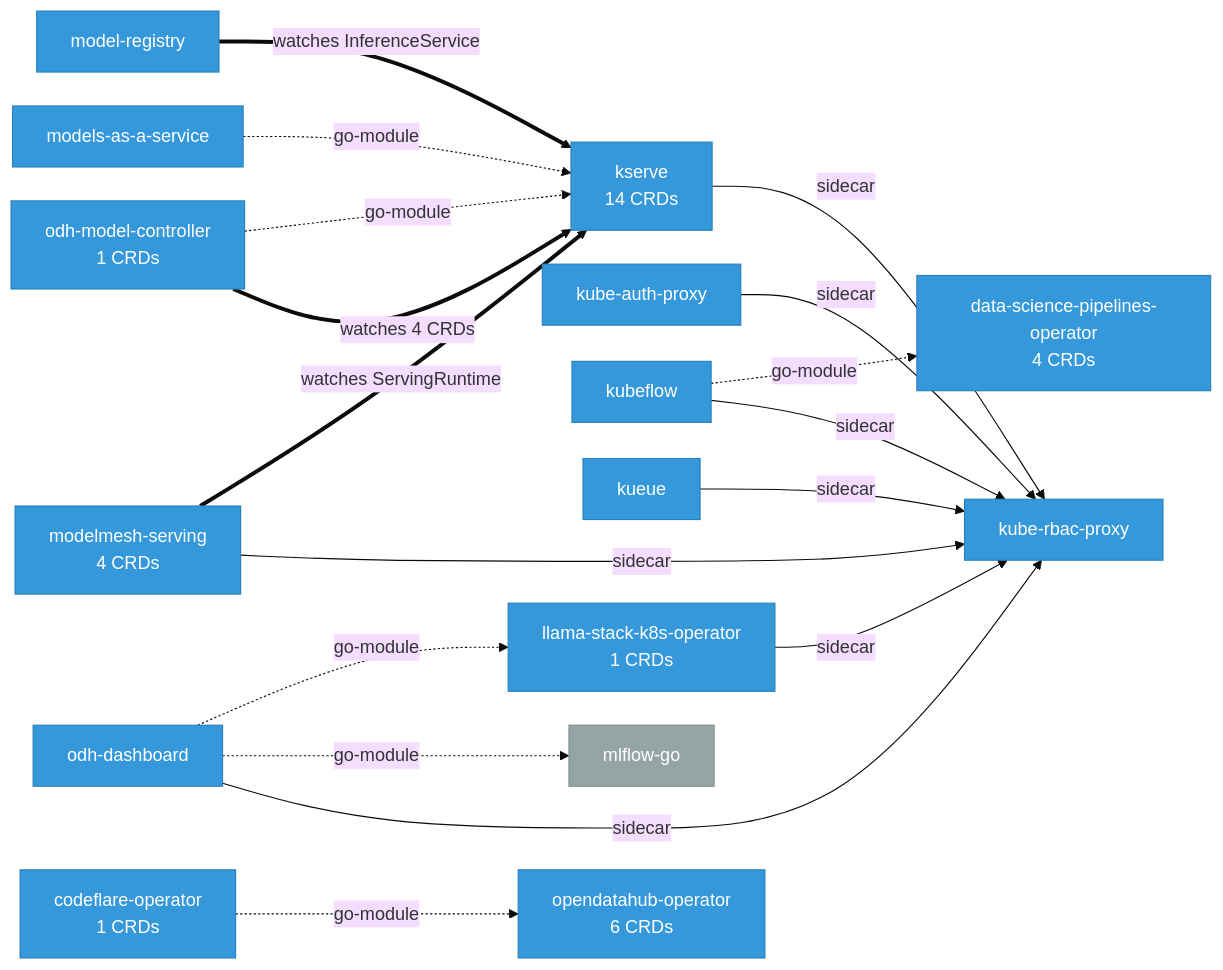
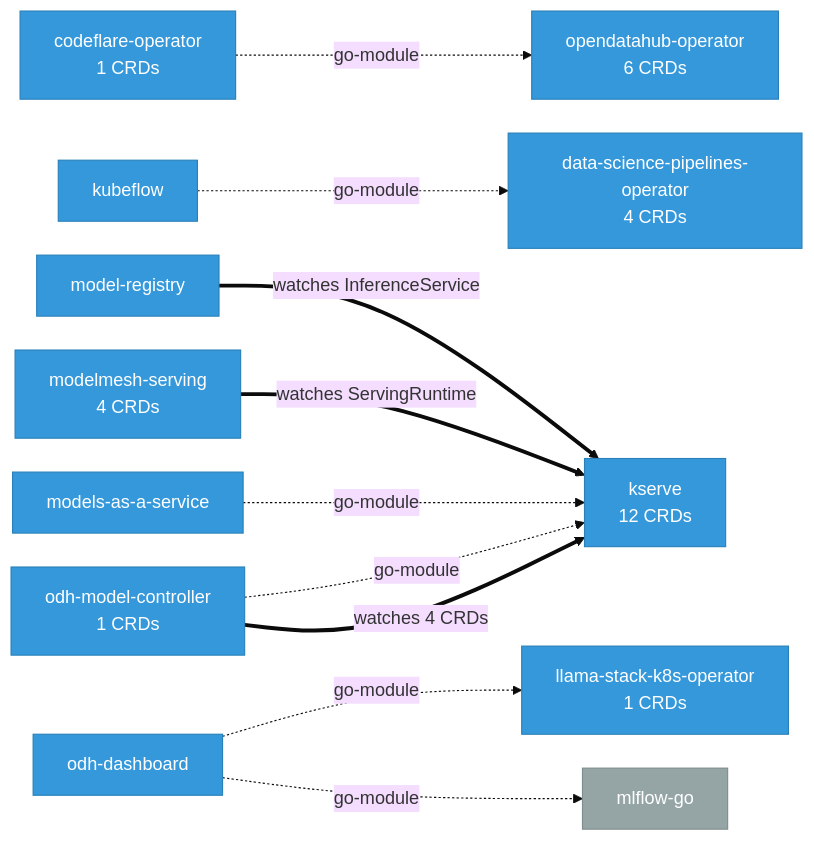
The diagram in site/docs/rhoai-platform/index.md (ugiordan/architecture-analyzer), drawn with Mermaid before and after one commit. The commit also changed other lines of this file and 299 other files, not shown here.

````diff
--- a/site/docs/rhoai-platform/index.md
+++ b/site/docs/rhoai-platform/index.md
@@ -21,39 +21,29 @@
 ```mermaid
 %%{init: {'theme': 'base', 'flowchart': {'nodeSpacing': 30, 'rankSpacing': 50}}}%%
 graph LR
     classDef internal fill:#3498db,stroke:#2980b9,color:#fff
     classDef external fill:#95a5a6,stroke:#7f8c8d,color:#fff
 
     codeflare_operator["codeflare-operator\n1 CRDs"]:::internal
     data_science_pipelines_operator["data-science-pipelines-operator\n4 CRDs"]:::internal
-    kserve["kserve\n14 CRDs"]:::internal
-    kube_auth_proxy["kube-auth-proxy"]:::internal
-    kube_rbac_proxy["kube-rbac-proxy"]:::internal
+    kserve["kserve\n12 CRDs"]:::internal
     kubeflow["kubeflow"]:::internal
-    kueue["kueue"]:::internal
     llama_stack_k8s_operator["llama-stack-k8s-operator\n1 CRDs"]:::internal
     mlflow_go["mlflow-go"]:::external
     model_registry["model-registry"]:::internal
     modelmesh_serving["modelmesh-serving\n4 CRDs"]:::internal
     models_as_a_service["models-as-a-service"]:::internal
     odh_dashboard["odh-dashboard"]:::internal
     odh_model_controller["odh-model-controller\n1 CRDs"]:::internal
     opendatahub_operator["opendatahub-operator\n6 CRDs"]:::internal
 
     codeflare_operator -.->|"go-module"| opendatahub_operator
     kubeflow -.->|"go-module"| data_science_pipelines_operator
     model_registry ==>|"watches InferenceService"| kserve
     modelmesh_serving ==>|"watches ServingRuntime"| kserve
     models_as_a_service -.->|"go-module"| kserve
     odh_dashboard -.->|"go-module"| llama_stack_k8s_operator
     odh_dashboard -.->|"go-module"| mlflow_go
     odh_model_controller -.->|"go-module"| kserve
     odh_model_controller ==>|"watches 4 CRDs"| kserve
-    kserve -->|"sidecar"| kube_rbac_proxy
-    kube_auth_proxy -->|"sidecar"| kube_rbac_proxy
-    kubeflow -->|"sidecar"| kube_rbac_proxy
-    kueue -->|"sidecar"| kube_rbac_proxy
-    llama_stack_k8s_operator -->|"sidecar"| kube_rbac_proxy
-    modelmesh_serving -->|"sidecar"| kube_rbac_proxy
-    odh_dashboard -->|"sidecar"| kube_rbac_proxy
 ```
````
